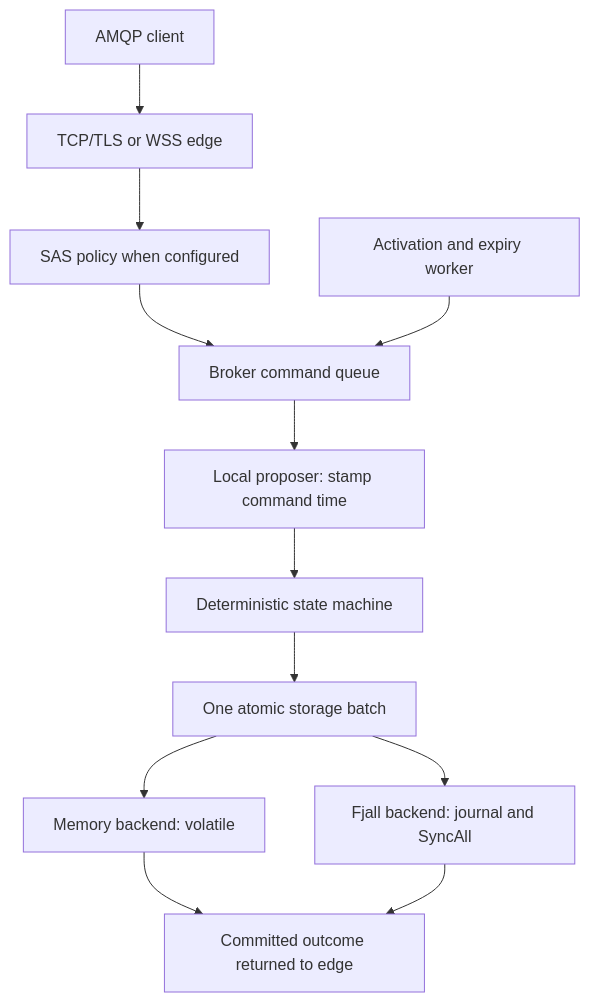
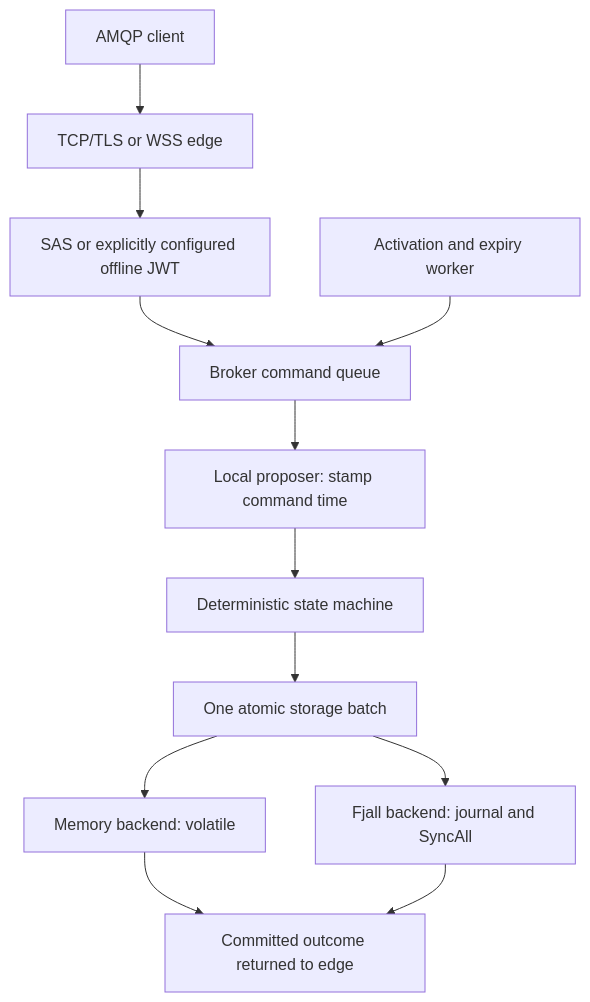
Before and after one commit to DeandreT/switchyard: the first of 2 diagrams in ARCHITECTURE.md, drawn with Mermaid. The commit also changed other lines of this file and 1 other file, not shown here.

````diff
--- a/ARCHITECTURE.md
+++ b/ARCHITECTURE.md
@@ -10,14 +10,14 @@
 ```mermaid
 flowchart TD
     Client[AMQP client] --> Edge[TCP/TLS or WSS edge]
-    Edge --> Auth[SAS policy when configured]
+    Edge --> Auth[SAS or explicitly configured offline JWT]
     Auth --> Broker[Broker command queue]
     Timers[Activation and expiry worker] --> Broker
     Broker --> Proposer[Local proposer: stamp command time]
     Proposer --> Machine[Deterministic state machine]
     Machine --> Batch[One atomic storage batch]
     Batch --> Memory[Memory backend: volatile]
     Batch --> Fjall[Fjall backend: journal and SyncAll]
     Memory --> Outcome[Committed outcome returned to edge]
     Fjall --> Outcome
 ```
````
